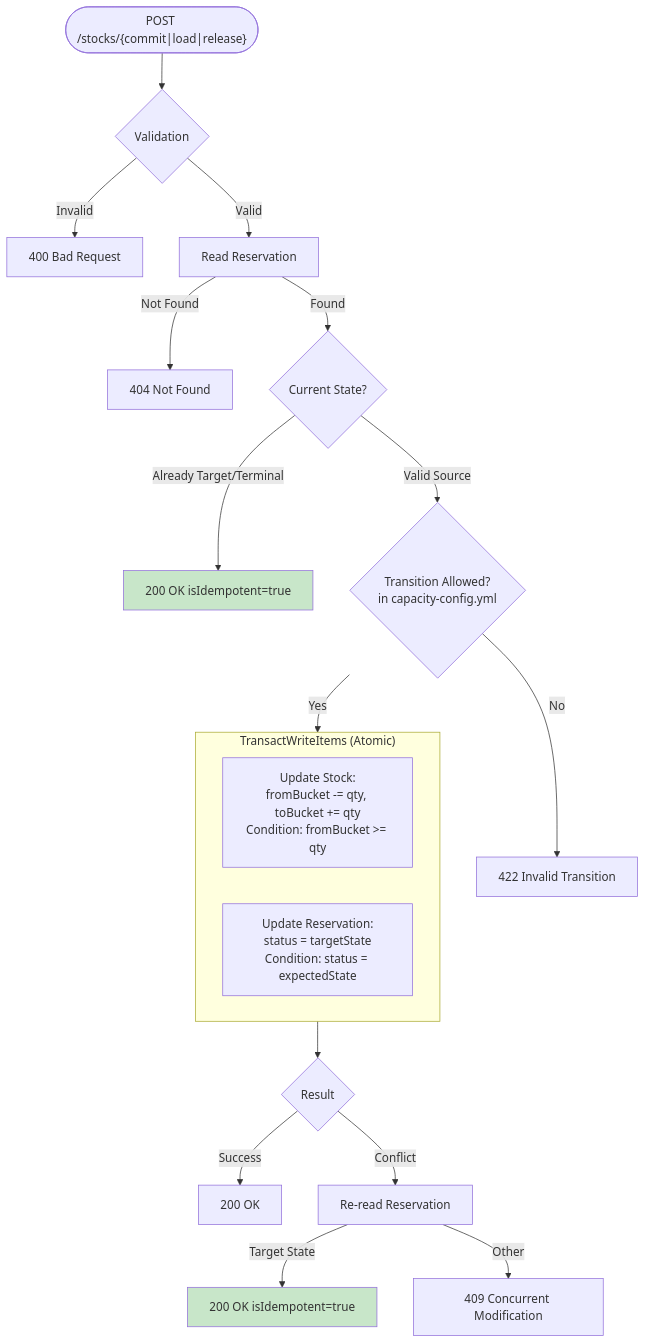
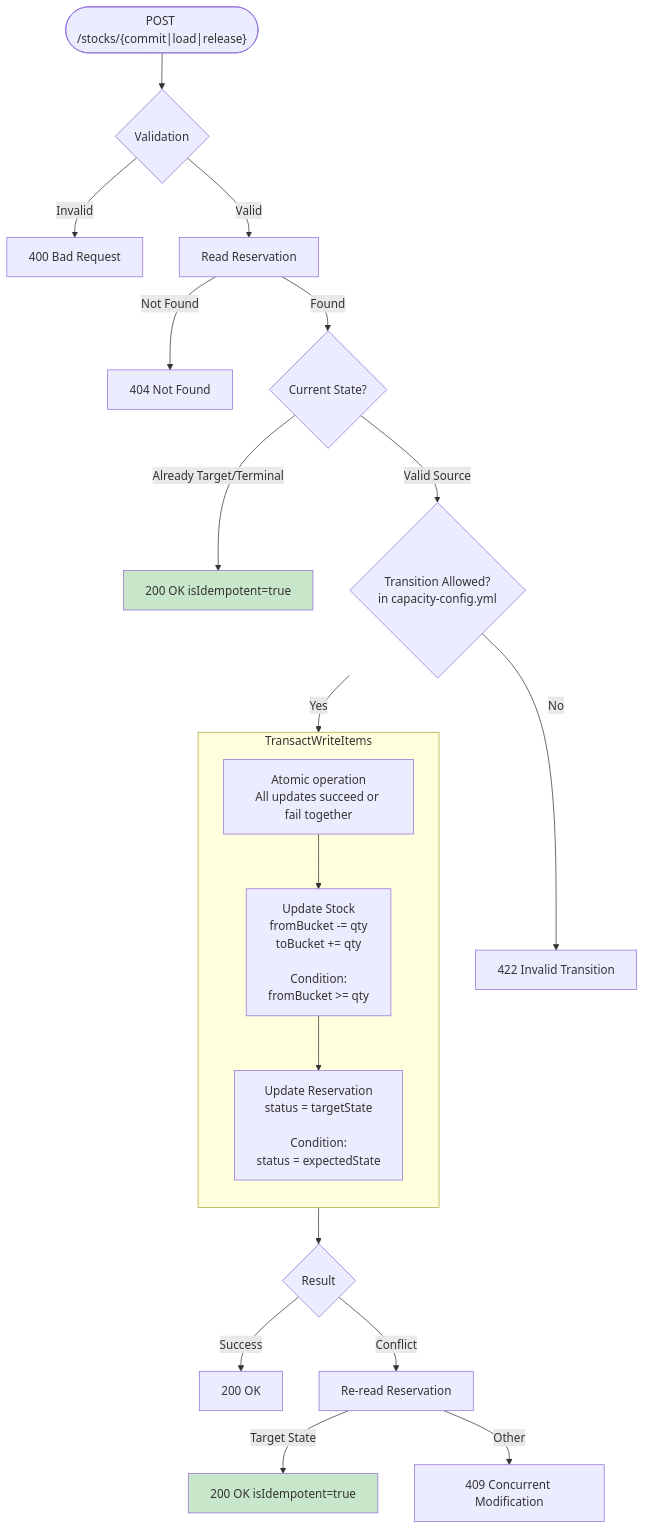
Before and after one commit to sethu-rs/stockkeeper: the third of 6 diagrams in docs/api-flow-diagrams.md, drawn with Mermaid. The commit also changed other lines of this file, not shown here.

````diff
--- a/docs/api-flow-diagrams.md
+++ b/docs/api-flow-diagrams.md
@@ -137,29 +144,37 @@
 ```mermaid
 flowchart TD
     Start(["POST /stocks/{commit|load|release}"]) --> Validate{Validation}
     Validate -->|Invalid| Err400[400 Bad Request]
     Validate -->|Valid| Read[Read Reservation]
 
     Read -->|Not Found| Err404[404 Not Found]
     Read -->|Found| CheckState{Current State?}
 
     CheckState -->|Already Target/Terminal| Idemp[200 OK isIdempotent=true]
     CheckState -->|Valid Source| ValidateTrans{Transition Allowed?<br/>in capacity-config.yml}
 
     ValidateTrans -->|No| Err422[422 Invalid Transition]
     ValidateTrans -->|Yes| Transaction
 
-    subgraph Transaction["TransactWriteItems (Atomic)"]
-        T1["Update Stock:<br/>fromBucket -= qty, toBucket += qty<br/>Condition: fromBucket >= qty"]
-        T2["Update Reservation:<br/>status = targetState<br/>Condition: status = expectedState"]
+    subgraph Transaction["TransactWriteItems"]
+        direction TB
+
+        AtomicNote["Atomic operation<br/>All updates succeed or fail together"]
+    
+        T1["Update Stock<br/>fromBucket -= qty<br/>toBucket += qty<br/><br/>Condition:<br/>fromBucket >= qty"]
+    
+        T2["Update Reservation<br/>status = targetState<br/><br/>Condition:<br/>status = expectedState"]
+    
+        AtomicNote --> T1
+        T1 --> T2
     end
 
     Transaction --> Result{Result}
     Result -->|Success| OK200[200 OK]
     Result -->|Conflict| ReRead[Re-read Reservation]
     ReRead -->|Target State| IdemConc[200 OK isIdempotent=true]
     ReRead -->|Other| Err409[409 Concurrent Modification]
 
     style Idemp fill:#c8e6c9
     style IdemConc fill:#c8e6c9
 ```
````
